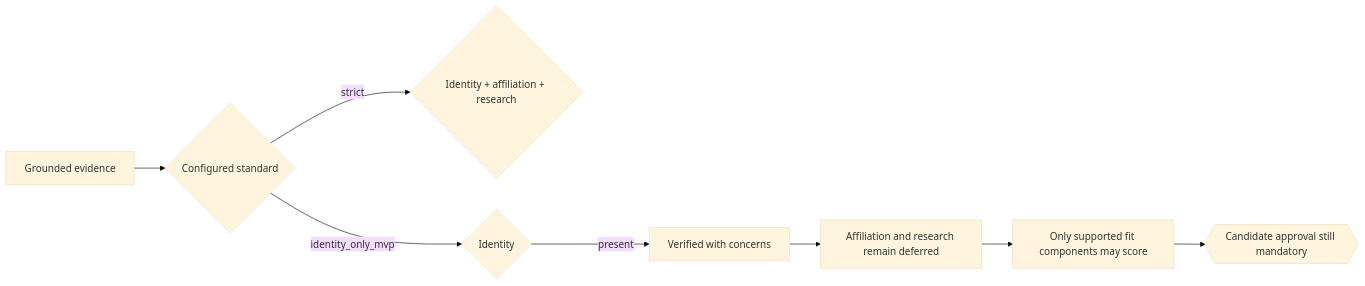
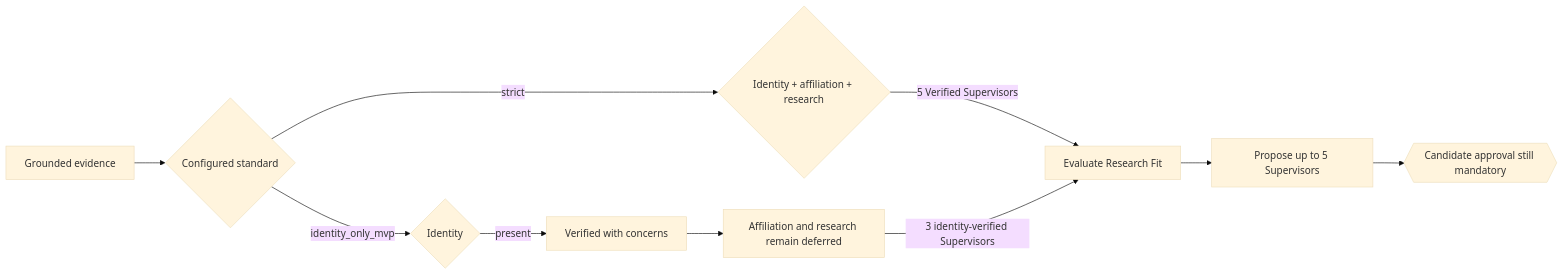
Before and after one commit to shanly-rajan/ai-builder: diagram 16 of 19 in projects/scholar-path/README.md, drawn with Mermaid (base theme). The commit also changed other lines of this file and 17 other files, not shown here.

````diff
--- a/projects/scholar-path/README.md
+++ b/projects/scholar-path/README.md
@@ -808,10 +810,12 @@
 ```mermaid
 flowchart LR
     Claims[Grounded evidence] --> Standard{Configured standard}
     Standard -->|strict| Three{Identity + affiliation + research}
     Standard -->|identity_only_mvp| One{Identity}
+    Three -->|5 Verified Supervisors| Fit[Evaluate Research Fit]
     One -->|present| Limited[Verified with concerns]
     Limited --> Gaps[Affiliation and research remain deferred]
-    Gaps --> Fit[Only supported fit components may score]
-    Fit --> Gate{{Candidate approval still mandatory}}
+    Gaps -->|3 identity-verified Supervisors| Fit
+    Fit --> Proposal[Propose up to 5 Supervisors]
+    Proposal --> Gate{{Candidate approval still mandatory}}
 ```
````
